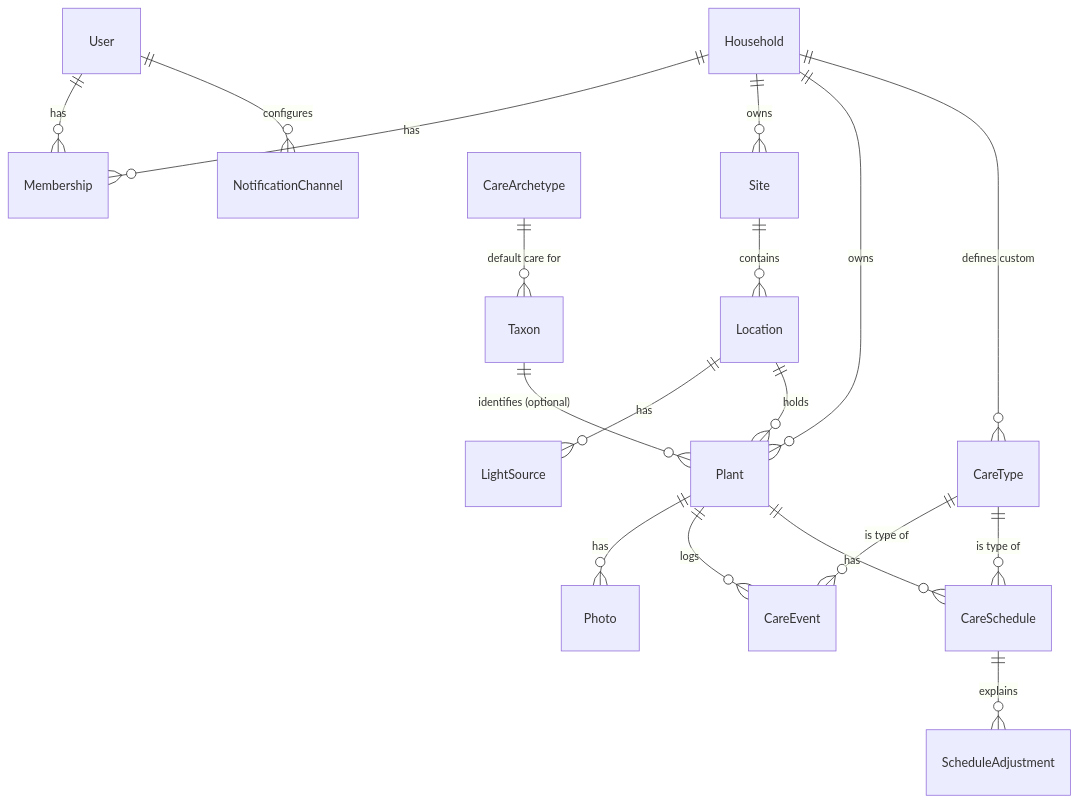
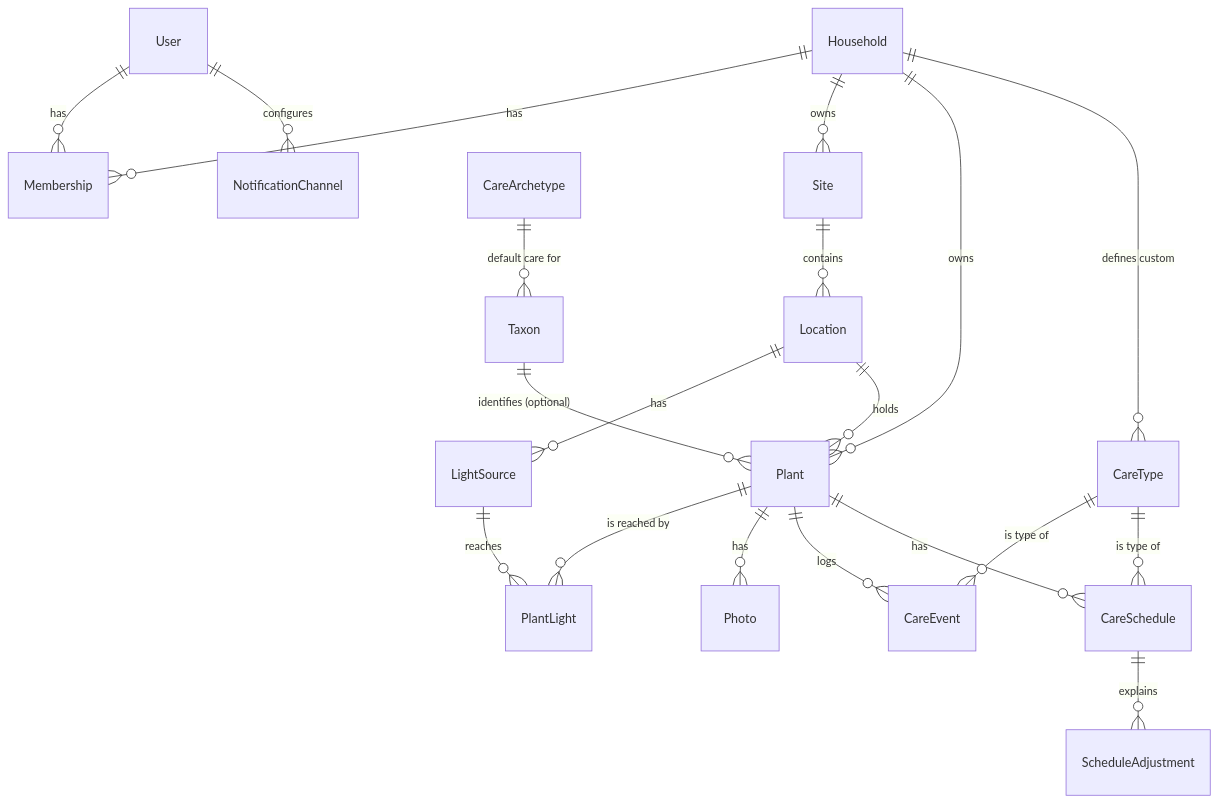
One commit to mazelado/sunfleck changed the second of 2 diagrams in docs/technical-plan.md. Above: the diagram before and after it, drawn with Mermaid. The commit also changed other lines of this file and 34 other files, not shown here.

First line of the commit message:
feat(plants): add plants, the light that reaches them, and photos (#14)

````diff
--- a/docs/technical-plan.md
+++ b/docs/technical-plan.md
@@ -175,20 +177,22 @@
 ```mermaid
 erDiagram
     User ||--o{ Membership : has
     Household ||--o{ Membership : has
     Household ||--o{ Site : owns
     Household ||--o{ Plant : owns
     Household ||--o{ CareType : "defines custom"
     Site ||--o{ Location : contains
     Location ||--o{ LightSource : has
     Location ||--o{ Plant : holds
+    Plant ||--o{ PlantLight : "is reached by"
+    LightSource ||--o{ PlantLight : reaches
     Taxon ||--o{ Plant : "identifies (optional)"
     CareArchetype ||--o{ Taxon : "default care for"
     Plant ||--o{ Photo : has
     Plant ||--o{ CareEvent : logs
     Plant ||--o{ CareSchedule : has
     CareType ||--o{ CareEvent : "is type of"
     CareType ||--o{ CareSchedule : "is type of"
     CareSchedule ||--o{ ScheduleAdjustment : explains
     User ||--o{ NotificationChannel : configures
 ```
````
